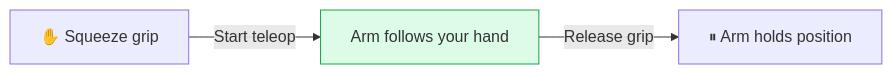
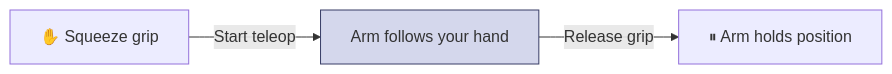
Before and after one commit to avearobotics/docs: the second of 2 diagrams in concepts/controllers.mdx, drawn with Mermaid. The commit also changed 20 other files, not shown here.

````diff
--- a/concepts/controllers.mdx
+++ b/concepts/controllers.mdx
@@ -64,7 +64,7 @@
 ```mermaid
 flowchart LR
     A["✋ Squeeze grip"] -->|"Start teleop"| B["Arm follows your hand"]
     B -->|"Release grip"| C["⏸ Arm holds position"]
 
-    style B fill:#dcfce7,stroke:#16A34A
+    style B fill:#d4d7ec,stroke:#383d66
 ```
````
